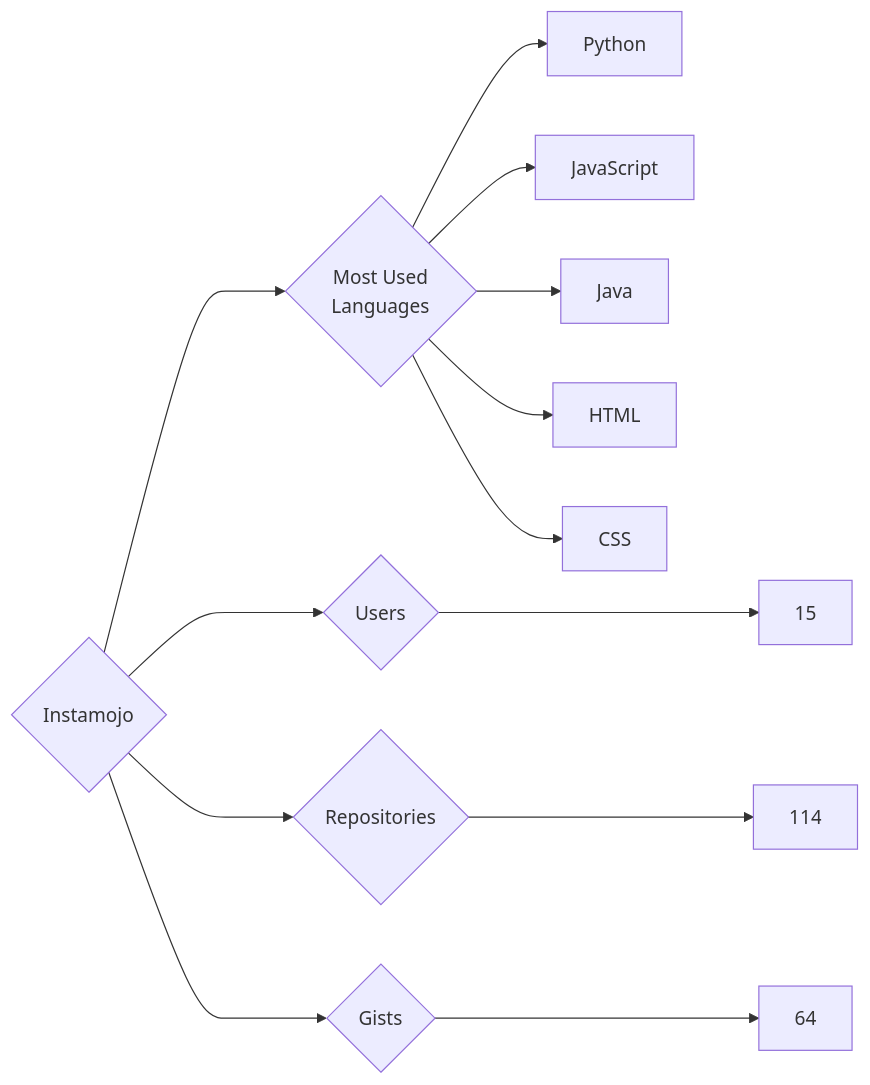
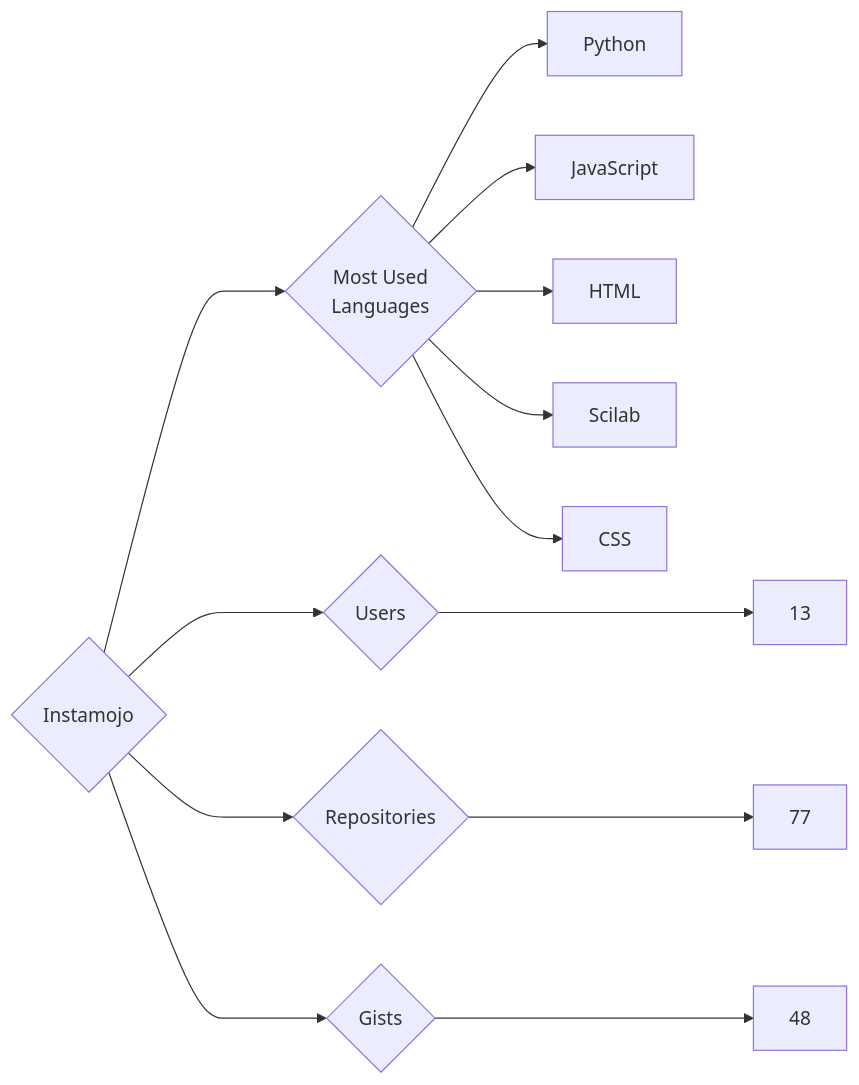
One commit to trickest/insiders changed the diagram in targets/Instamojo/README.md. Above: the diagram before and after it, drawn with Mermaid. The commit also changed 777 other files, not shown here.

````diff
--- a/targets/Instamojo/README.md
+++ b/targets/Instamojo/README.md
@@ -3,13 +3,13 @@
 ```mermaid
 graph LR
 COMPANY_NAME{Instamojo}
-COMPANY_NAME ---> U{Users} ---> UN[15]
-COMPANY_NAME ---> R{Repositories} ---> RN[114]
-COMPANY_NAME ---> G{Gists} ---> GN[64]
+COMPANY_NAME ---> U{Users} ---> UN[13]
+COMPANY_NAME ---> R{Repositories} ---> RN[77]
+COMPANY_NAME ---> G{Gists} ---> GN[48]
 COMPANY_NAME ---> ML{Most Used<br>Languages}
 ML --> Python[Python]
 ML --> JavaScript[JavaScript]
-ML --> Java[Java]
 ML --> HTML[HTML]
+ML --> Scilab[Scilab]
 ML --> CSS[CSS]
 ```
````
